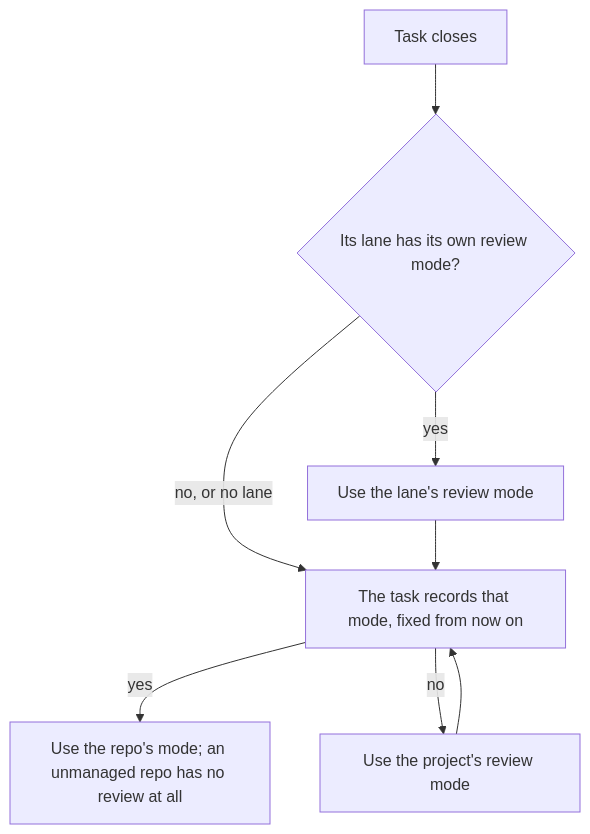
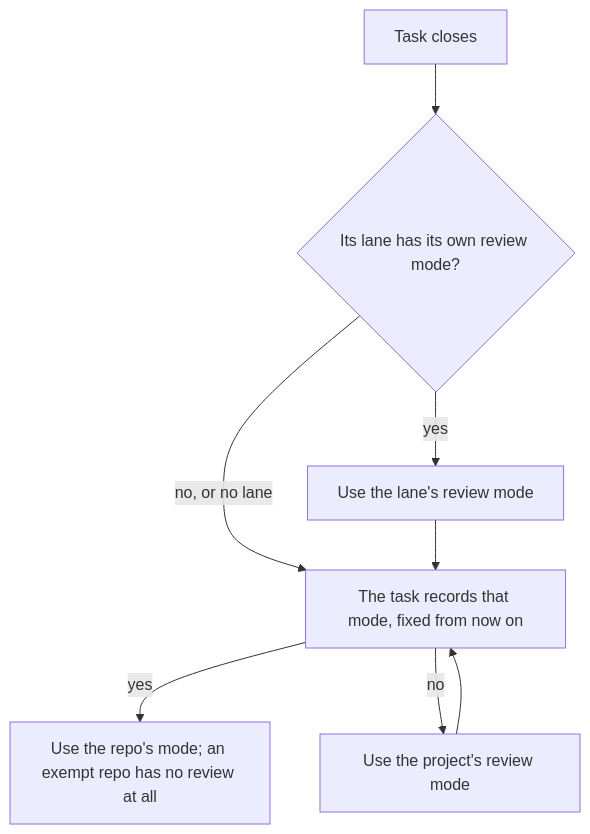
The first of 8 diagrams in docs/architecture/AGILE.md (trustmybot/plugin), drawn with Mermaid before and after one commit. The commit also changed 4 other files, not shown here.

Commit message:
📝 docs(git): name the repo mode exempt, record its tasks (GH 3281)

````diff
--- a/docs/architecture/AGILE.md
+++ b/docs/architecture/AGILE.md
@@ -22,10 +22,10 @@
 ```mermaid
 flowchart TD
     A[Task closes] --> B{Its lane has its own review mode?}
     B -- yes --> L[Use the lane's review mode]
     B -- no, or no lane --> R{"Its repo has its own mode? (planned, GH 3281)"}
-    R -- yes --> RM[Use the repo's mode; an unmanaged repo has no review at all]
+    R -- yes --> RM[Use the repo's mode; an exempt repo has no review at all]
     R -- no --> P[Use the project's review mode]
     L --> R[The task records that mode, fixed from now on]
     P --> R
 ```
````
